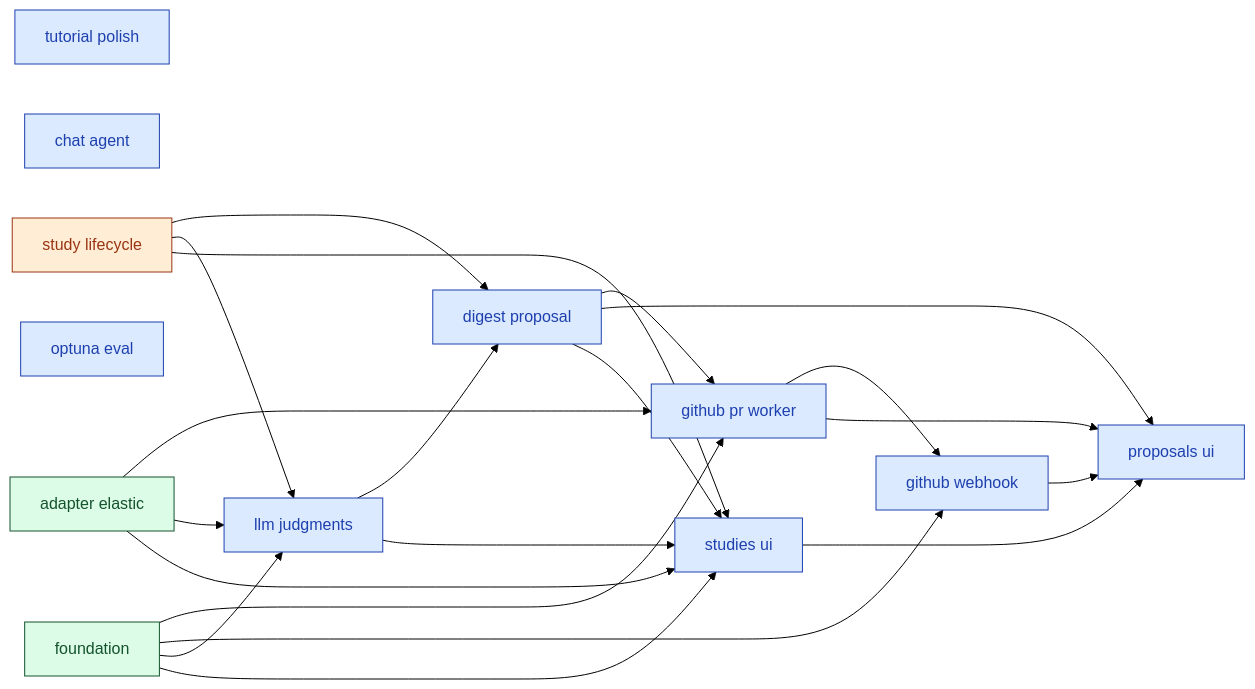
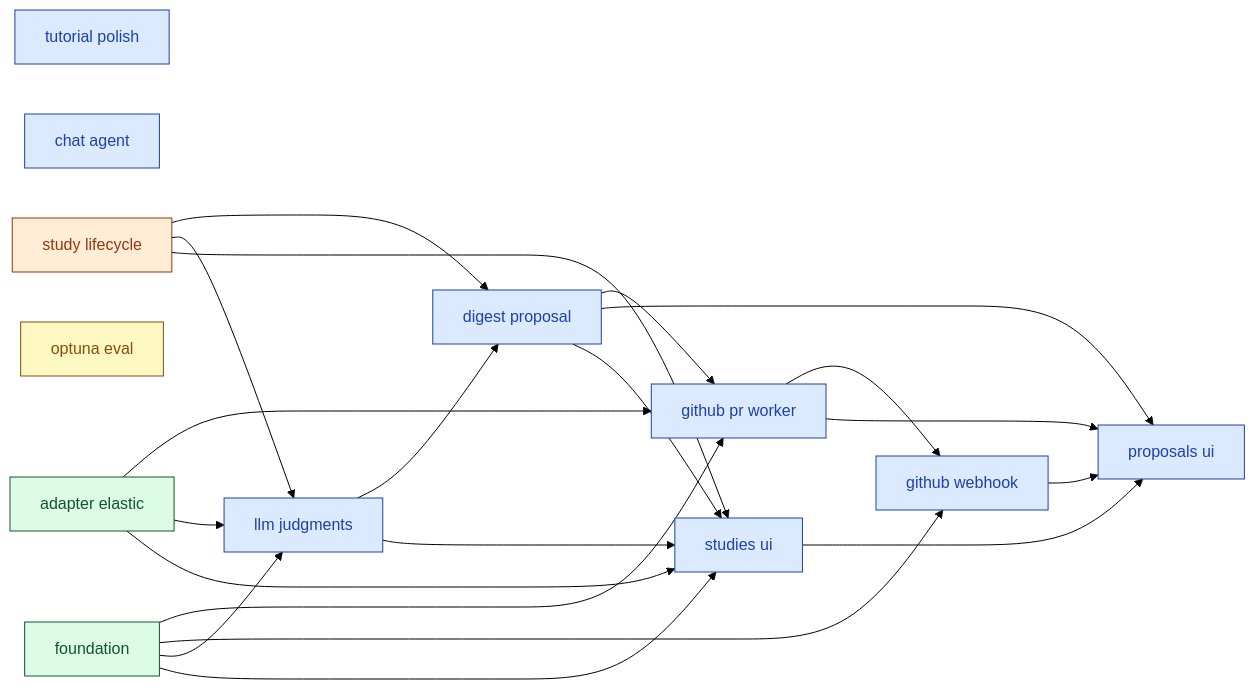
Before and after one commit to SoundMindsAI/relyloop: the diagram in docs/00_overview/MVP1_DASHBOARD.md, drawn with Mermaid (forest theme). The commit also changed other lines of this file and 46 other files, not shown here.

First line of the commit message:
feat(eval+workers): infra_optuna_eval — Optuna RDBStorage + pytrec_eval + run_trial (#23)

````diff
--- a/docs/00_overview/MVP1_DASHBOARD.md
+++ b/docs/00_overview/MVP1_DASHBOARD.md
@@ -64,51 +66,51 @@
 ```mermaid
 graph LR
   classDef done fill:#dcfce7,stroke:#14532d,color:#14532d;
   classDef implement fill:#ffedd5,stroke:#9a3412,color:#9a3412;
   classDef plan fill:#fef9c3,stroke:#854d0e,color:#854d0e;
   classDef spec fill:#dbeafe,stroke:#1e40af,color:#1e40af;
   classDef idea fill:#f1f5f9,stroke:#334155,color:#334155;
   chore_tutorial_polish["tutorial polish"]
   class chore_tutorial_polish spec;
   feat_chat_agent["chat agent"]
   class feat_chat_agent spec;
   feat_digest_proposal["digest proposal"]
   class feat_digest_proposal spec;
   feat_github_pr_worker["github pr worker"]
   class feat_github_pr_worker spec;
   feat_github_webhook["github webhook"]
   class feat_github_webhook spec;
   feat_llm_judgments["llm judgments"]
   class feat_llm_judgments spec;
   feat_proposals_ui["proposals ui"]
   class feat_proposals_ui spec;
   feat_studies_ui["studies ui"]
   class feat_studies_ui spec;
   feat_study_lifecycle["study lifecycle"]
   class feat_study_lifecycle implement;
   infra_optuna_eval["optuna eval"]
-  class infra_optuna_eval spec;
+  class infra_optuna_eval plan;
   infra_foundation["foundation"]
   class infra_foundation done;
   infra_adapter_elastic["adapter elastic"]
   class infra_adapter_elastic done;
   feat_study_lifecycle --> feat_digest_proposal
   feat_llm_judgments --> feat_digest_proposal
   infra_foundation --> feat_github_pr_worker
   infra_adapter_elastic --> feat_github_pr_worker
   feat_digest_proposal --> feat_github_pr_worker
   infra_foundation --> feat_github_webhook
   feat_github_pr_worker --> feat_github_webhook
   infra_foundation --> feat_llm_judgments
   infra_adapter_elastic --> feat_llm_judgments
   feat_study_lifecycle --> feat_llm_judgments
   feat_studies_ui --> feat_proposals_ui
   feat_digest_proposal --> feat_proposals_ui
   feat_github_pr_worker --> feat_proposals_ui
   feat_github_webhook --> feat_proposals_ui
   infra_foundation --> feat_studies_ui
   feat_study_lifecycle --> feat_studies_ui
   feat_digest_proposal --> feat_studies_ui
   feat_llm_judgments --> feat_studies_ui
   infra_adapter_elastic --> feat_studies_ui
 ```
````
